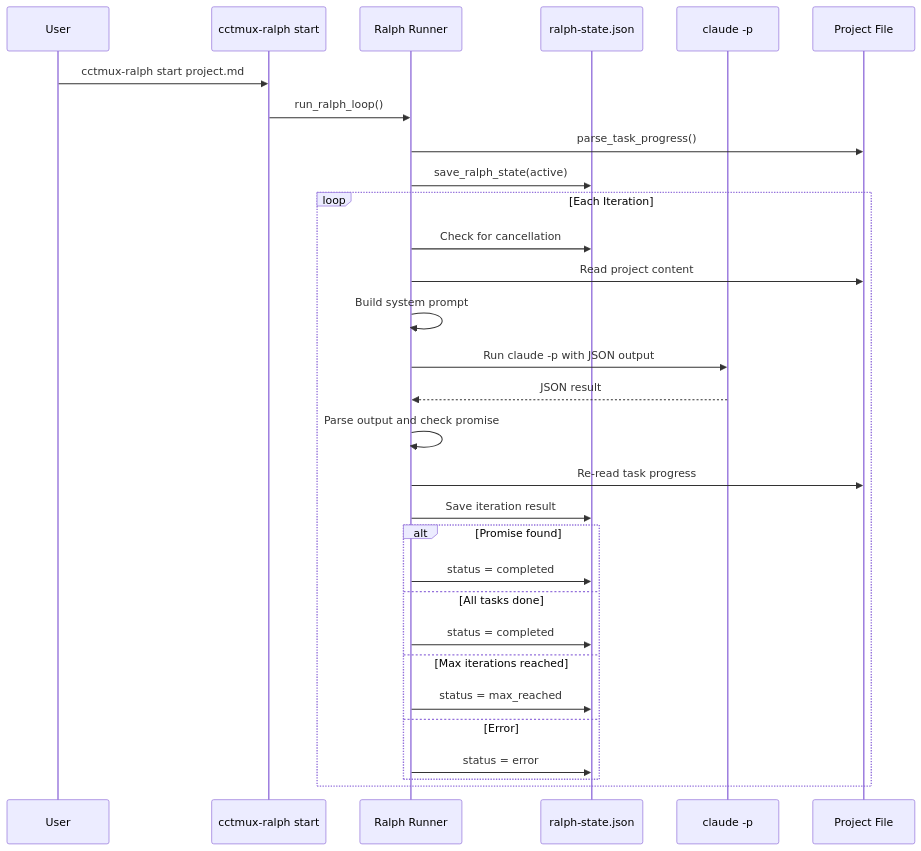
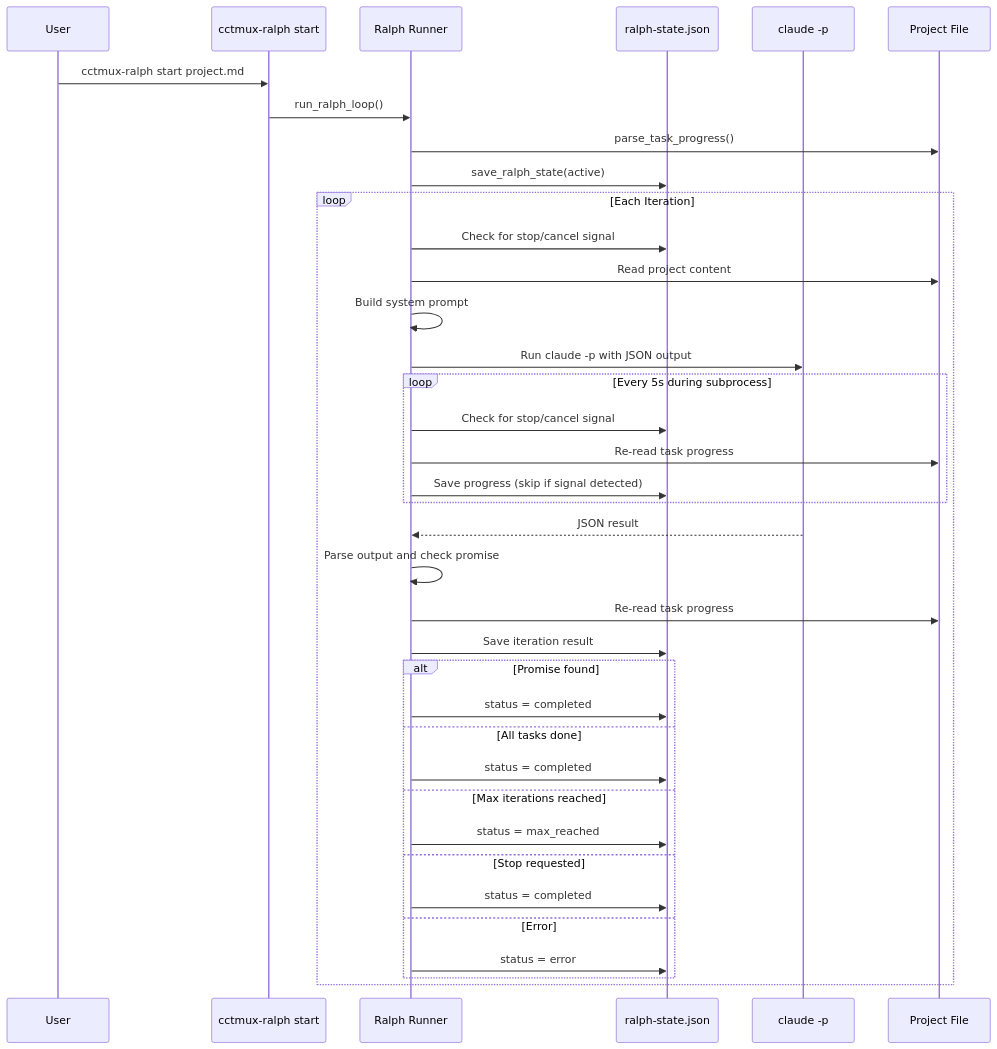
One commit to paulrobello/cctmux changed the fifth of 6 diagrams in docs/ARCHITECTURE.md. Above: the diagram before and after it, drawn with Mermaid. The commit also changed other lines of this file and 12 other files, not shown here.

First line of the commit message:
fix(ralph): race condition in stop/cancel signaling and ralph-full layout redesign

````diff
--- a/docs/ARCHITECTURE.md
+++ b/docs/ARCHITECTURE.md
@@ -250,35 +250,44 @@
 ```mermaid
 sequenceDiagram
     participant User
     participant CLI as cctmux-ralph start
     participant Runner as Ralph Runner
     participant State as ralph-state.json
     participant Claude as claude -p
     participant Project as Project File
 
     User->>CLI: cctmux-ralph start project.md
     CLI->>Runner: run_ralph_loop()
     Runner->>Project: parse_task_progress()
     Runner->>State: save_ralph_state(active)
 
     loop Each Iteration
-        Runner->>State: Check for cancellation
+        Runner->>State: Check for stop/cancel signal
         Runner->>Project: Read project content
         Runner->>Runner: Build system prompt
         Runner->>Claude: Run claude -p with JSON output
+
+        loop Every 5s during subprocess
+            Runner->>State: Check for stop/cancel signal
+            Runner->>Project: Re-read task progress
+            Runner->>State: Save progress (skip if signal detected)
+        end
+
         Claude-->>Runner: JSON result
         Runner->>Runner: Parse output and check promise
         Runner->>Project: Re-read task progress
         Runner->>State: Save iteration result
 
         alt Promise found
             Runner->>State: status = completed
         else All tasks done
             Runner->>State: status = completed
         else Max iterations reached
             Runner->>State: status = max_reached
+        else Stop requested
+            Runner->>State: status = completed
         else Error
             Runner->>State: status = error
         end
     end
 ```
````
